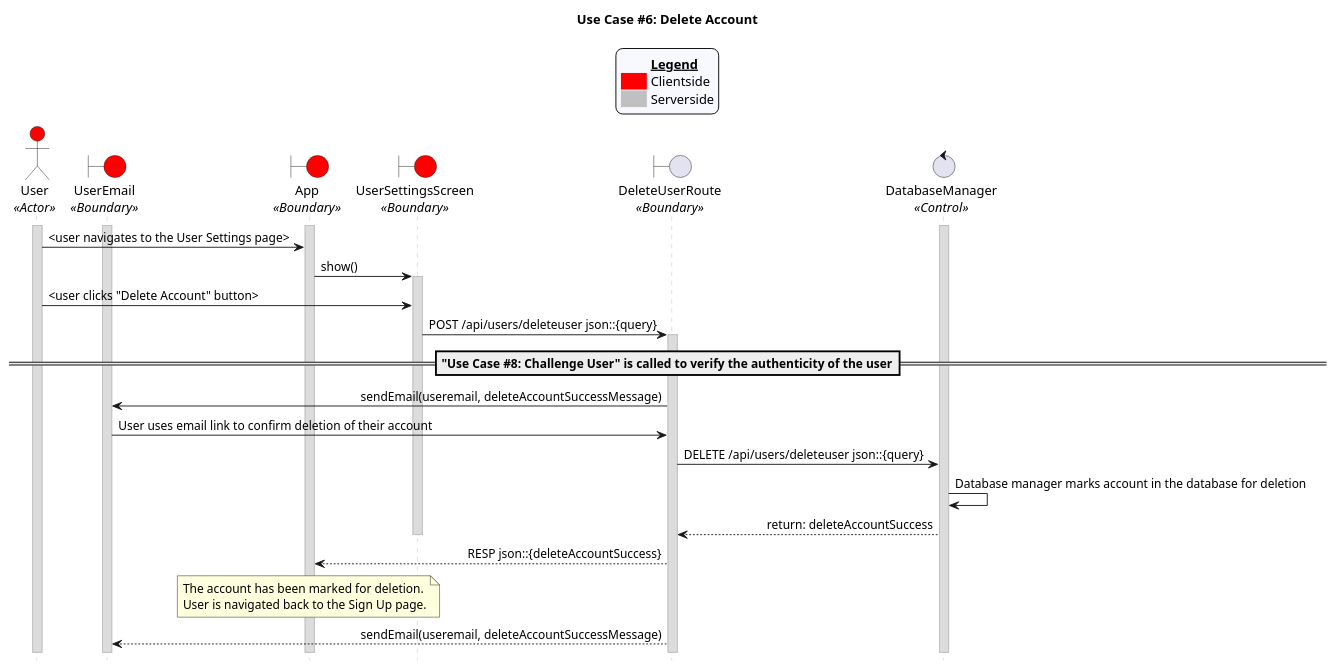
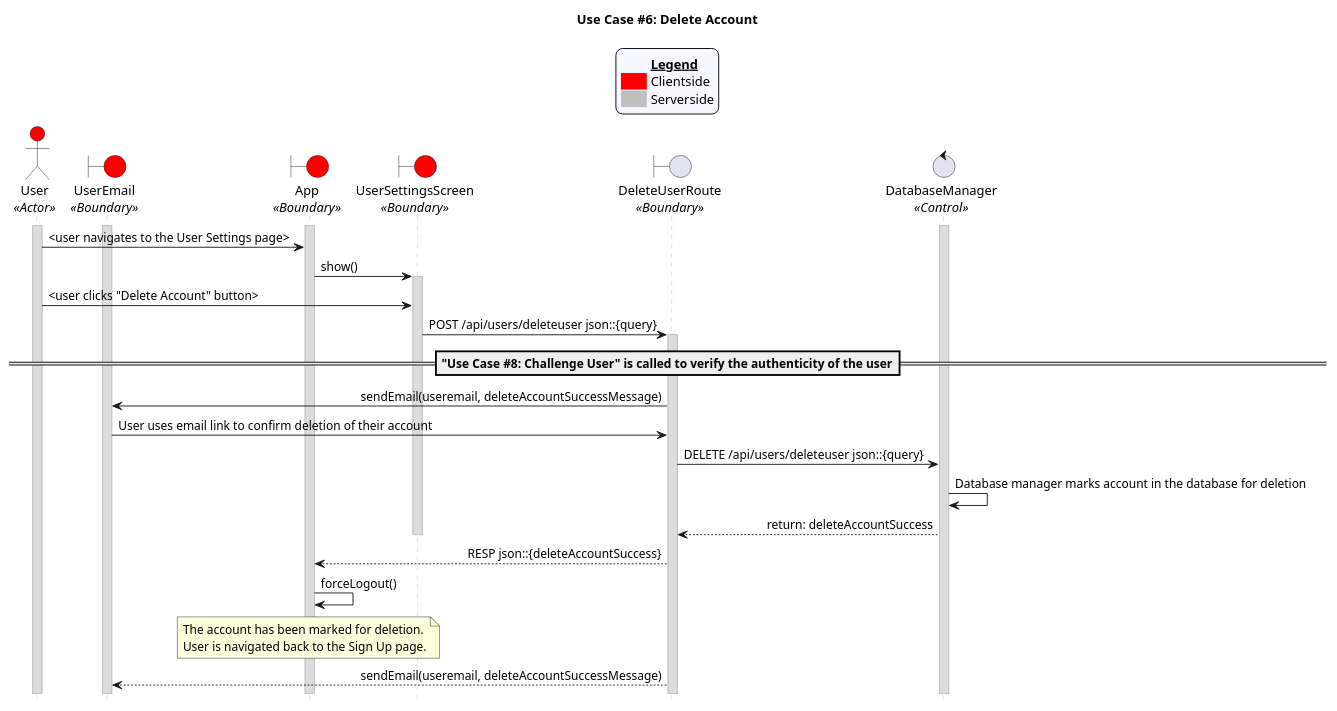
Before and after one commit to CECS-491-SP24-Group-1/seq-diagrams: the diagram in uc_06.puml, drawn with PlantUML.

Commit message:
Update uc6

```diff
--- a/uc_06.puml
+++ b/uc_06.puml
@@ -1,81 +1,82 @@
 @startuml uc06
 title "Use Case #6: Delete Account"
 
 'Styling goes here
 hide footbox
 skinparam stereotypePosition bottom
 skinparam sequenceMessageAlign direction
 skinparam sequence {
 	LifeLineBorderColor #Silver
 	LifeLineBackgroundColor #Gainsboro
 }
 
 'Add a legend plus styling
 skinparam legend {
 	backgroundColor #GhostWhite
 	entrySeparator #GhostWhite
 }
 
 legend top
 	<#GhostWhite,#GhostWhite>|	|= __Legend__ |
 	|<#red> | Clientside|
 	|<#silver> | Serverside|
 endlegend
 
 'Setup the objects
 actor User as u <<Actor>> #red
 boundary UserEmail as ue <<Boundary>> #red
 boundary App as a <<Boundary>> #red
 boundary UserSettingsScreen as uss <<Boundary>> #red
 boundary DeleteUserRoute as dur <<Boundary>> 
 control DatabaseManager as db <<Control>>
 boundary Database as db <<Boundary>>
 
 'Setup persistent objects here
 activate u
 activate a
 activate db
 activate ue
 
 '--- FLOW OF CONTROL STARTS HERE ---
 
 'User navigates to the "User settings page
 u -> a: <user navigates to the User Settings page>
 a -> uss: show()
 activate uss
 
 'User clicks "Delete Account" button
 u -> uss: <user clicks "Delete Account" button>
 
 'Users device sends a deletion request to the server
 uss -> dur: POST /api/users/deleteuser json::{query}
 activate dur
 
 'Server challenges user to verify the authenticity of the user
 =="Use Case #8: Challenge User" is called to verify the authenticity of the user==
 
 'User recieves the email and clicks the link to finish the process of deleting account
 dur -> ue: sendEmail(useremail, deleteAccountSuccessMessage)
 ue -> dur: User uses email link to confirm deletion of their account
 dur -> db: DELETE /api/users/deleteuser json::{query}
 
 'Database manager marks the account for deletion and sends the user a notification via email
 db -> db: Database manager marks account in the database for deletion
 
 'Database manager sends notification email once account is marked for deletion
 db --> dur: return: deleteAccountSuccess
 deactivate uss
 
 ' NOTE: Not sure if this part is correct because route no longer exisis
 dur --> a: RESP json::{deleteAccountSuccess}
+a -> a: forceLogout()
 
 note over a
   The account has been marked for deletion.
   User is navigated back to the Sign Up page.
 end note
 
 dur --> ue: sendEmail(useremail, deleteAccountSuccessMessage)
 '--- FLOW OF CONTROL ENDS HERE   ---
 
 
 @enduml
```
